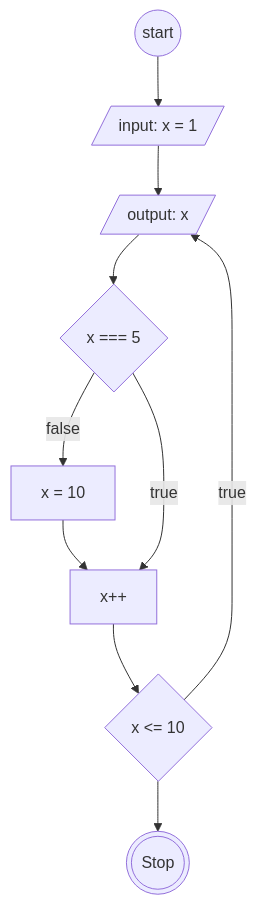
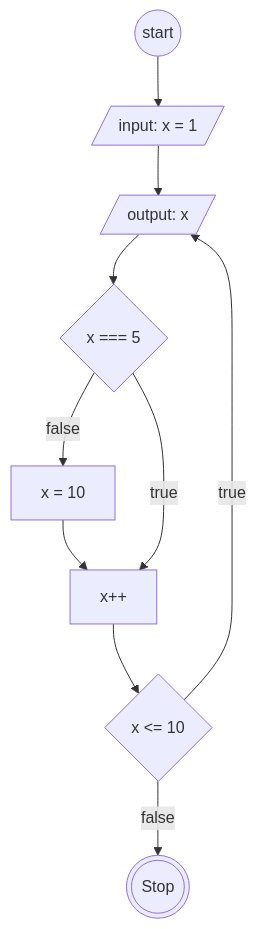
The second of 2 diagrams in flowchart-loop.md (AbiPasundan/koda-b6-javascript1), drawn with Mermaid before and after one commit.

````diff
--- a/flowchart-loop.md
+++ b/flowchart-loop.md
@@ -41,23 +41,23 @@
 ```mermaid
     flowchart TB
         Start@{ shape: circ, label: "start"}
         InitialVar@{ shape: lean-r, label: "input: x = 1"}
         PrintX@{ shape: lean-r, label: "output: x"}
 
         If@{ shape: diamond, label: "x === 5"}
         IfTrue@{ shape: rect, label: "x = 10"}
 
         Condition@{ shape: rect, label: "x++"}
 
         Check@{ shape: diamond, label: "x <= 10"}
 
         Stop@{ shape: dbl-circ, label: "Stop"}
 
         Start-->InitialVar-->PrintX-->If-->|false|IfTrue-->Condition-->Check
 
         If-->|true|Condition
 
         Check-->|true|PrintX
-        Check-->Stop
+        Check-->|false|Stop
         
 ```
````
